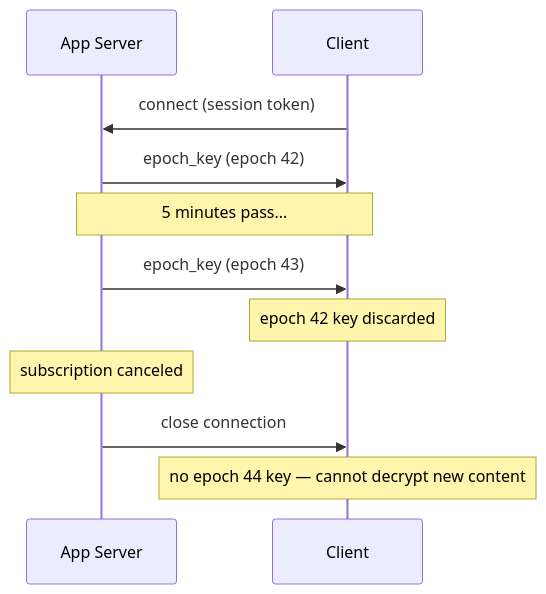
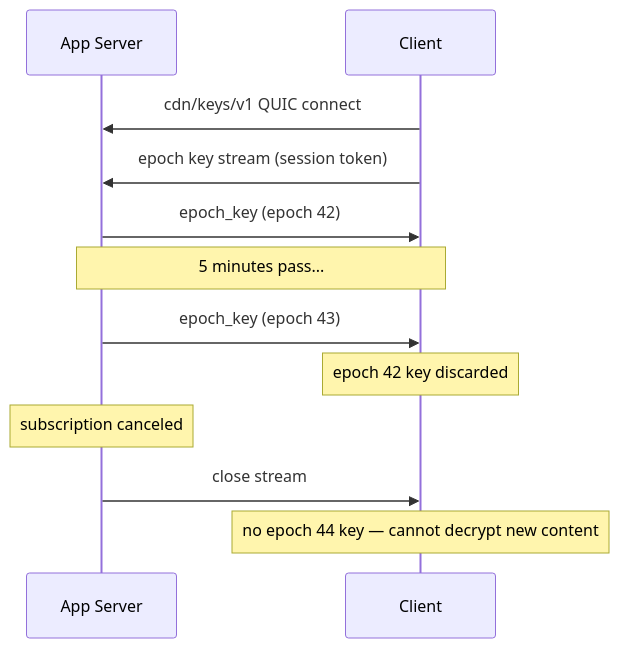
The first of 5 diagrams in adr/006-e2e-encryption.md (decdn/decdn), drawn with Mermaid before and after one commit. The commit also changed other lines of this file and 5 other files, not shown here.

First line of the commit message:
docs: add ADR 012 (client architecture) and move key delivery to iroh QUIC (#162)

````diff
--- a/adr/006-e2e-encryption.md
+++ b/adr/006-e2e-encryption.md
@@ -82,18 +86,19 @@
 ```mermaid
 sequenceDiagram
     participant A as App Server
     participant C as Client
 
-    C->>A: connect (session token)
+    C->>A: cdn/keys/v1 QUIC connect
+    C->>A: epoch key stream (session token)
     A->>C: epoch_key (epoch 42)
 
     Note over A,C: 5 minutes pass...
 
     A->>C: epoch_key (epoch 43)
     Note over C: epoch 42 key discarded
 
     Note over A: subscription canceled
 
-    A->>C: close connection
+    A->>C: close stream
     Note over C: no epoch 44 key — cannot decrypt new content
 ```
````
